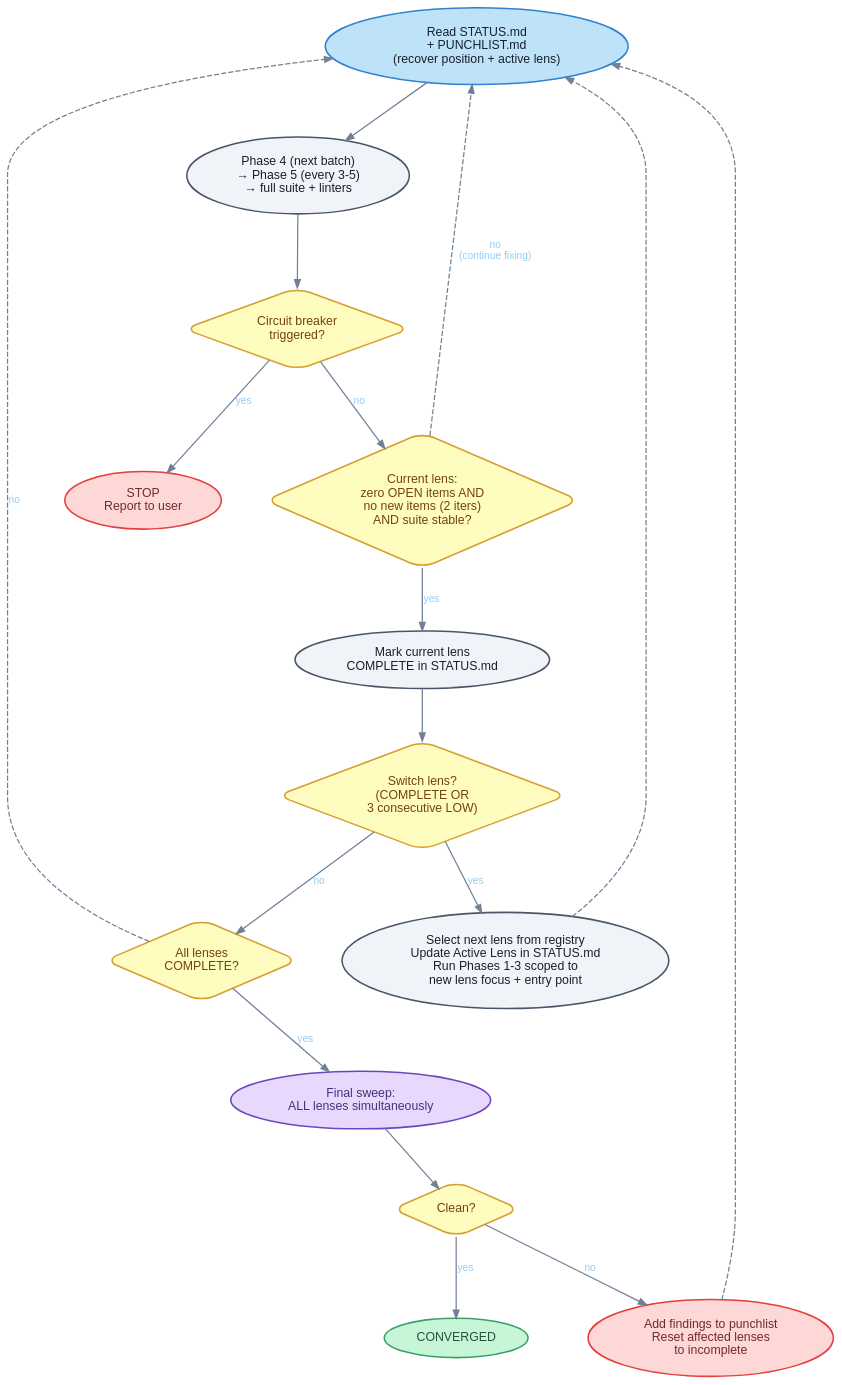
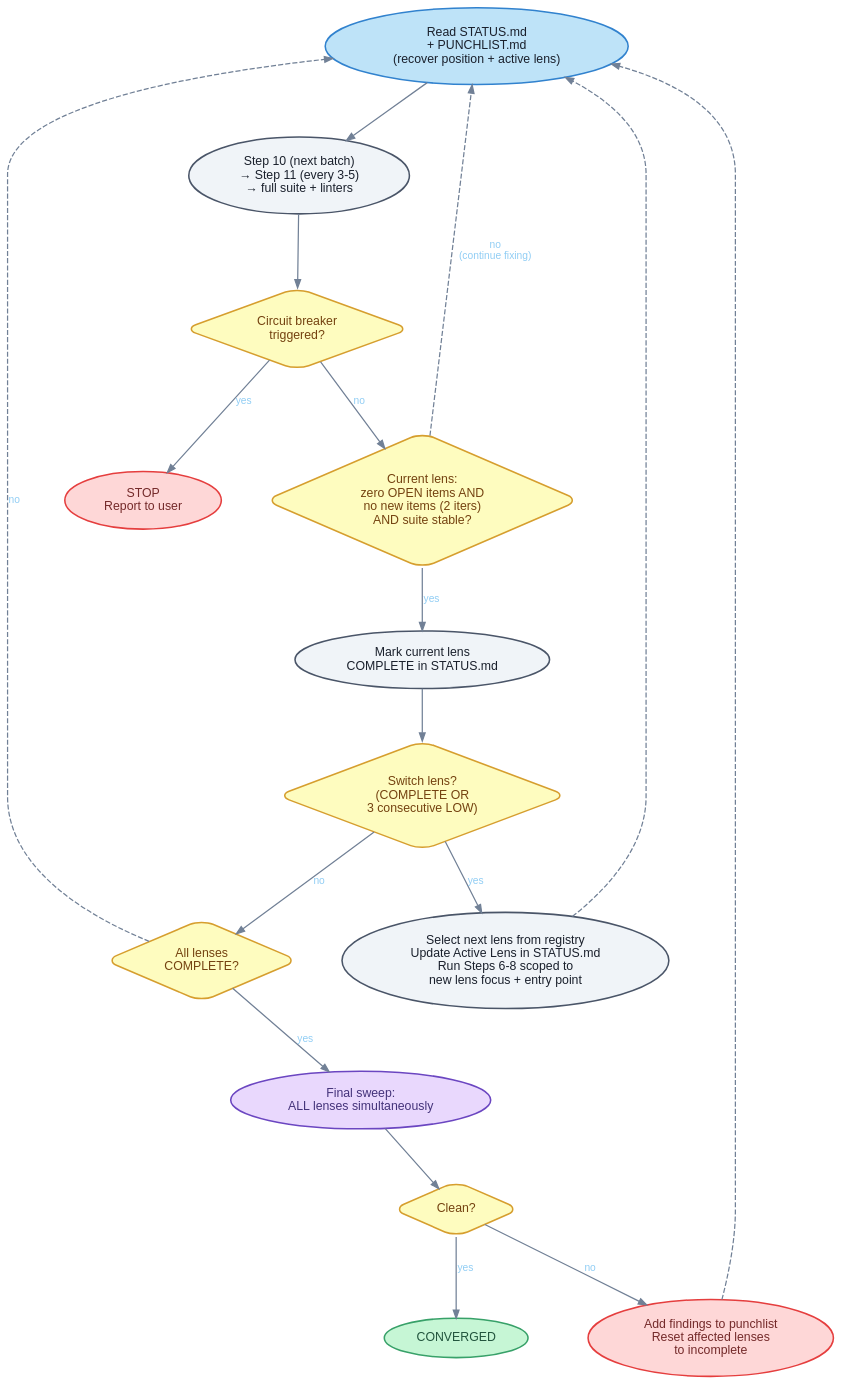
The diagram in docs/diagrams/holtz-convergence.dot (jbrjake/holtz), drawn with Graphviz before and after one commit. The commit also changed 8 other files, not shown here.

First line of the commit message:
feat: update diagram .dot files to step numbering and re-render SVGs

```diff
--- a/docs/diagrams/holtz-convergence.dot
+++ b/docs/diagrams/holtz-convergence.dot
@@ -1,118 +1,118 @@
 digraph {
   rankdir=TB
   bgcolor="transparent"
   pad=0.4
   nodesep=0.6
   ranksep=0.7
 
   node [
     fontname="Helvetica"
     fontsize=12
     style="filled,rounded"
     fillcolor="#f0f4f8"
     color="#4a5568"
     fontcolor="#1a202c"
     penwidth=1.5
     margin="0.15,0.1"
   ]
 
   edge [
     fontname="Helvetica"
     fontsize=10
     fontcolor="#90cdf4"
     color="#718096"
     penwidth=1.2
     arrowsize=0.8
   ]
 
   recover [
     label="Read STATUS.md\n+ PUNCHLIST.md\n(recover position + active lens)"
     fillcolor="#bee3f8"
     color="#3182ce"
   ]
   fix_loop [
-    label="Phase 4 (next batch)\n→ Phase 5 (every 3-5)\n→ full suite + linters"
+    label="Step 10 (next batch)\n→ Step 11 (every 3-5)\n→ full suite + linters"
   ]
   breaker [
     label="Circuit breaker\ntriggered?"
     shape=diamond
     fillcolor="#fefcbf"
     color="#d69e2e"
     fontcolor="#744210"
   ]
   stop [
     label="STOP\nReport to user"
     fillcolor="#fed7d7"
     color="#e53e3e"
     fontcolor="#742a2a"
   ]
   lens_clean [
     label="Current lens:\nzero OPEN items AND\nno new items (2 iters)\nAND suite stable?"
     shape=diamond
     fillcolor="#fefcbf"
     color="#d69e2e"
     fontcolor="#744210"
   ]
   mark [
     label="Mark current lens\nCOMPLETE in STATUS.md"
   ]
   switch [
     label="Switch lens?\n(COMPLETE OR\n3 consecutive LOW)"
     shape=diamond
     fillcolor="#fefcbf"
     color="#d69e2e"
     fontcolor="#744210"
   ]
   next_lens [
-    label="Select next lens from registry\nUpdate Active Lens in STATUS.md\nRun Phases 1-3 scoped to\nnew lens focus + entry point"
+    label="Select next lens from registry\nUpdate Active Lens in STATUS.md\nRun Steps 6-8 scoped to\nnew lens focus + entry point"
   ]
   all_done [
     label="All lenses\nCOMPLETE?"
     shape=diamond
     fillcolor="#fefcbf"
     color="#d69e2e"
     fontcolor="#744210"
   ]
   final [
     label="Final sweep:\nALL lenses simultaneously"
     fillcolor="#e9d8fd"
     color="#6b46c1"
     fontcolor="#44337a"
   ]
   clean [
     label="Clean?"
     shape=diamond
     fillcolor="#fefcbf"
     color="#d69e2e"
     fontcolor="#744210"
   ]
   converged [
     label="CONVERGED"
     fillcolor="#c6f6d5"
     color="#38a169"
     fontcolor="#22543d"
   ]
   reset [
     label="Add findings to punchlist\nReset affected lenses\nto incomplete"
     fillcolor="#fed7d7"
     color="#e53e3e"
     fontcolor="#742a2a"
   ]
 
   recover -> fix_loop
   fix_loop -> breaker
   breaker -> stop [label="yes"]
   breaker -> lens_clean [label="no"]
   lens_clean -> mark [label="yes"]
   lens_clean -> recover [label="no\n(continue fixing)" style=dashed]
   mark -> switch
   switch -> next_lens [label="yes"]
   switch -> all_done [label="no"]
   next_lens -> recover [style=dashed]
   all_done -> final [label="yes"]
   all_done -> recover [label="no" style=dashed]
   final -> clean
   clean -> converged [label="yes"]
   clean -> reset [label="no"]
   reset -> recover [style=dashed]
 }
```
